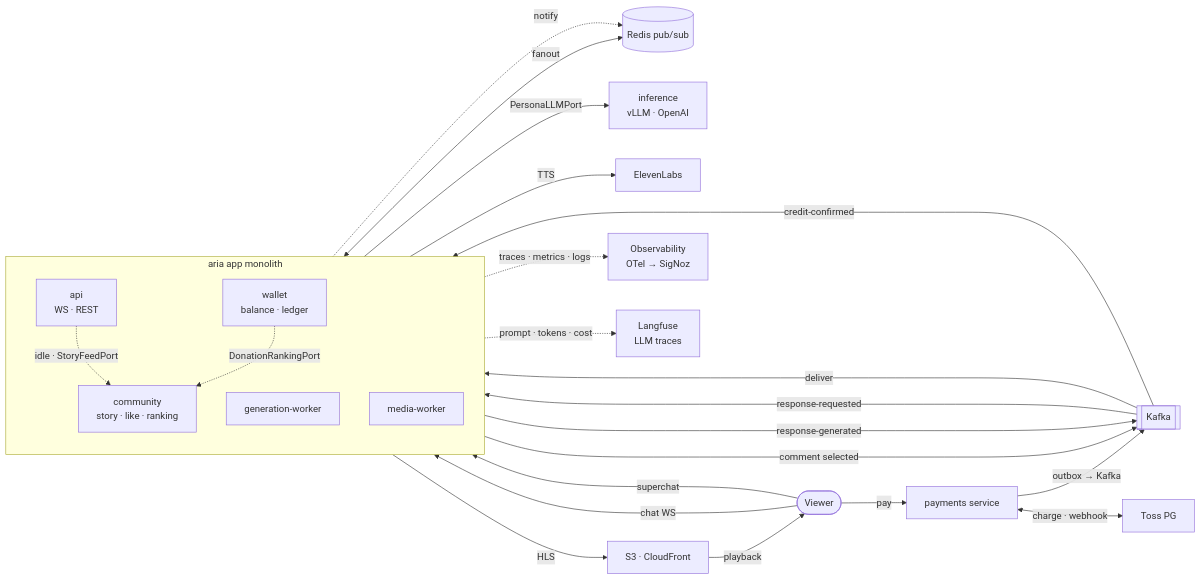
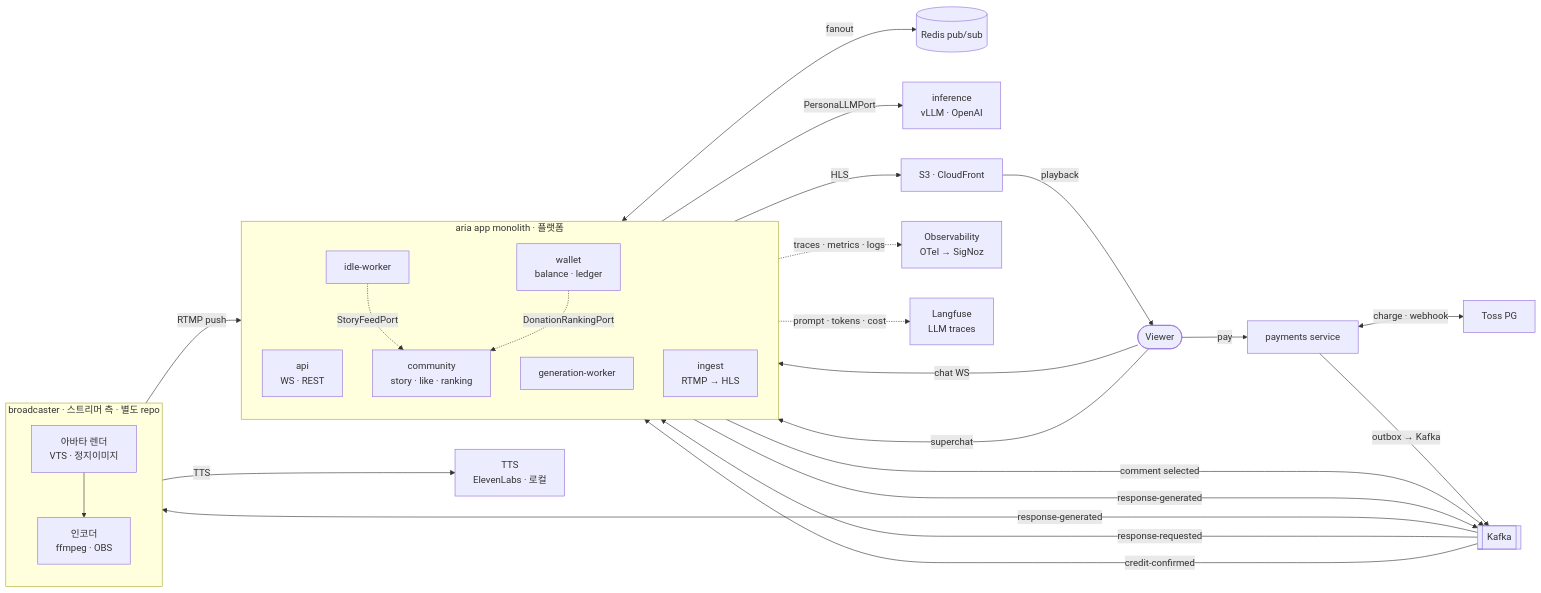
One commit to iPad7/project-aria changed the diagram in docs/architecture.md. Above: the diagram before and after it, drawn with Mermaid. The commit also changed other lines of this file and 3 other files, not shown here.

````diff
--- a/docs/architecture.md
+++ b/docs/architecture.md
@@ -7,44 +7,52 @@
 ```mermaid
 flowchart LR
   viewer([Viewer])
 
-  subgraph aria[aria app monolith]
+  subgraph aria[aria app monolith · 플랫폼]
     direction TB
     api[api<br/>WS · REST]
     gen[generation-worker]
-    media[media-worker]
+    idle[idle-worker]
+    ingest[ingest<br/>RTMP → HLS]
     wallet[wallet<br/>balance · ledger]
     community[community<br/>story · like · ranking]
+  end
+
+  subgraph bcast[broadcaster · 스트리머 측 · 별도 repo]
+    direction TB
+    avatar[아바타 렌더<br/>VTS · 정지이미지]
+    encoder[인코더<br/>ffmpeg · OBS]
   end
 
   kafka[[Kafka]]
   redis[(Redis pub/sub)]
   inf[inference<br/>vLLM · OpenAI]
-  tts[ElevenLabs]
+  tts[TTS<br/>ElevenLabs · 로컬]
   cdn[S3 · CloudFront]
   payments[payments service]
   toss[Toss PG]
   obs[Observability<br/>OTel → SigNoz]
   langfuse[Langfuse<br/>LLM traces]
 
   viewer -->|chat WS| api
   api -->|comment selected| kafka
   kafka -->|response-requested| gen
   gen -->|PersonaLLMPort| inf
   gen -->|response-generated| kafka
-  kafka -->|deliver| media
-  media -->|TTS| tts
-  media -->|HLS| cdn
+  kafka -->|response-generated| avatar
+  avatar -->|TTS| tts
+  avatar --> encoder
+  encoder -->|RTMP push| ingest
+  ingest -->|HLS| cdn
   cdn -->|playback| viewer
   api <-->|fanout| redis
-  media -.->|notify| redis
-  api -.->|idle · StoryFeedPort| community
+  idle -.->|StoryFeedPort| community
   viewer -->|superchat| wallet
   wallet -.->|DonationRankingPort| community
   viewer -->|pay| payments
   payments <-->|charge · webhook| toss
   payments -->|outbox → Kafka| kafka
   kafka -->|credit-confirmed| wallet
   aria -.->|traces · metrics · logs| obs
   gen -.->|prompt · tokens · cost| langfuse
 ```
````
